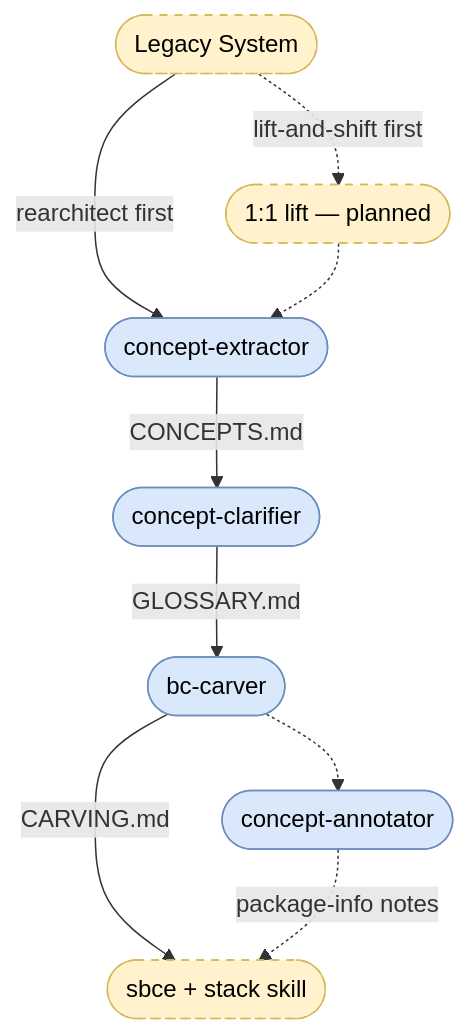
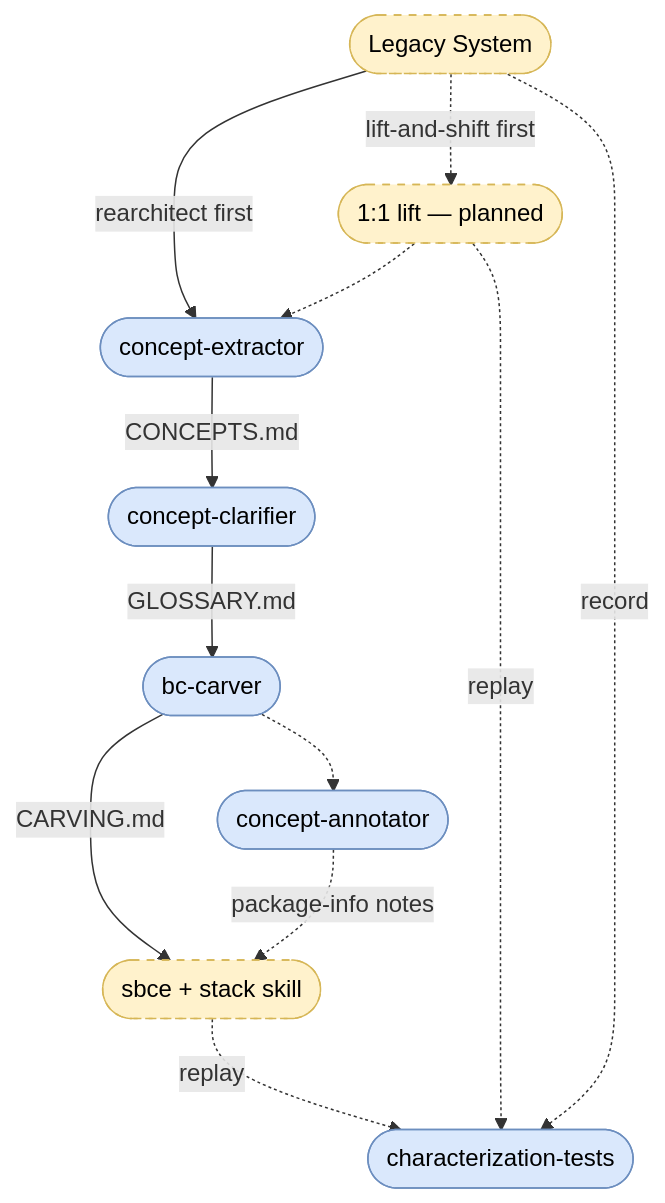
Before and after one commit to AdamBien/airails: the diagram in migrations/README.md, drawn with Mermaid. The commit also changed other lines of this file and 3 other files, not shown here.

````diff
--- a/migrations/README.md
+++ b/migrations/README.md
@@ -5,16 +5,19 @@
 ```mermaid
 graph TD
     Legacy([Legacy System]) -->|rearchitect first| Extractor([concept-extractor])
     Legacy -.->|lift-and-shift first| Lift([1:1 lift — planned])
     Lift -.-> Extractor
     Extractor -->|CONCEPTS.md| Clarifier([concept-clarifier])
     Clarifier -->|GLOSSARY.md| Carver([bc-carver])
     Carver -->|CARVING.md| SBCE([sbce + stack skill])
     Carver -.-> Annotator([concept-annotator])
     Annotator -.->|package-info notes| SBCE
+    Legacy -.->|record| Charact([characterization-tests])
+    Lift -.->|replay| Charact
+    SBCE -.->|replay| Charact
 
     classDef bc fill:#dae8fc,stroke:#6c8ebf,color:#000
     classDef ext fill:#fff2cc,stroke:#d6b656,color:#000,stroke-dasharray:5 5
-    class Extractor,Clarifier,Carver,Annotator bc
+    class Extractor,Clarifier,Carver,Annotator,Charact bc
     class Legacy,Lift,SBCE ext
 ```
````
